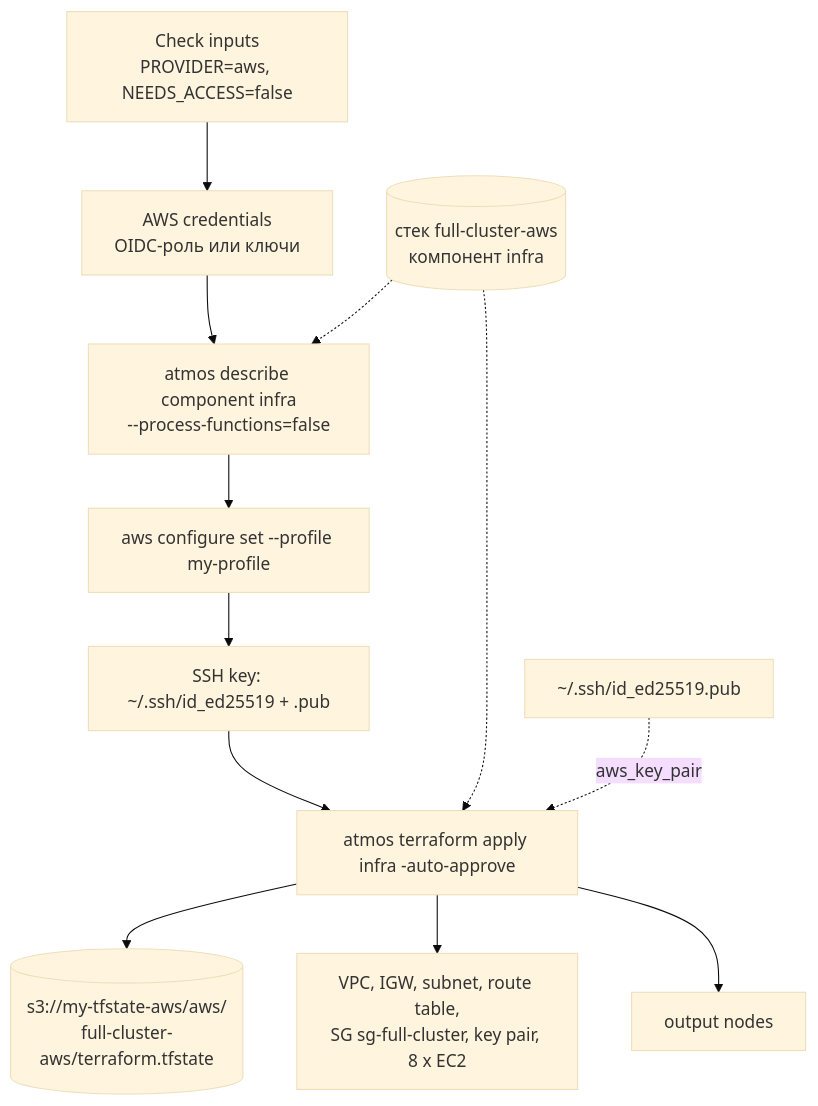
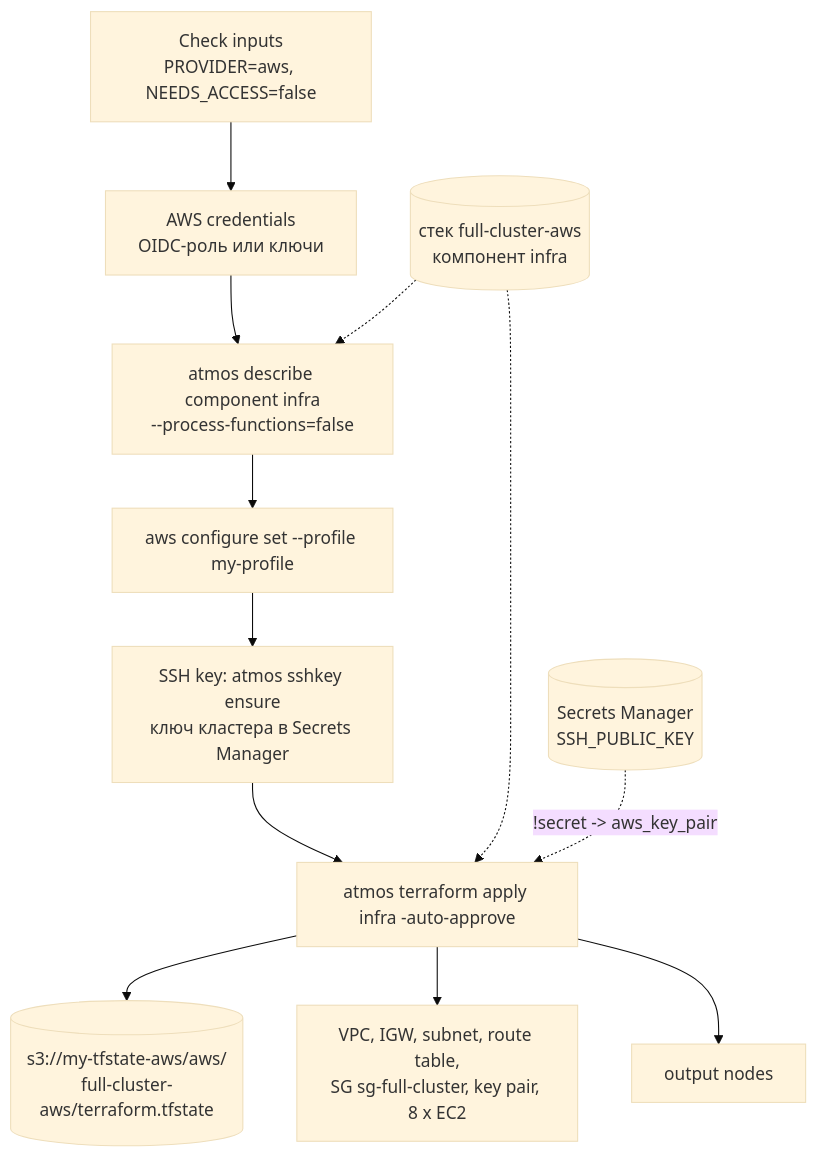
One commit to borislavr/atmos-kubemarine-integration changed the second of 5 diagrams in docs/full-cluster-aws-flow.md. Above: the diagram before and after it, drawn with Mermaid (base theme). The commit also changed other lines of this file and 3 other files, not shown here.

Commit message:
fix: update SSH connection logic to ensure all nodes are reachable and improve documentation on SSH key usage

````diff
--- a/docs/full-cluster-aws-flow.md
+++ b/docs/full-cluster-aws-flow.md
@@ -99,14 +100,14 @@
 ```mermaid
 flowchart TB
   A["Check inputs<br/>PROVIDER=aws, NEEDS_ACCESS=false"] --> B["AWS credentials<br/>OIDC-роль или ключи"]
   B --> C["atmos describe component infra<br/>--process-functions=false"]
   C --> D["aws configure set --profile my-profile"]
-  D --> E["SSH key: ~/.ssh/id_ed25519 + .pub"]
+  D --> E["SSH key: atmos sshkey ensure<br/>ключ кластера в Secrets Manager"]
   E --> F["atmos terraform apply infra -auto-approve"]
   STK[("стек full-cluster-aws<br/>компонент infra")] -.-> C
   STK -.-> F
-  PUB["~/.ssh/id_ed25519.pub"] -.->|"aws_key_pair"| F
+  PUB[("Secrets Manager<br/>SSH_PUBLIC_KEY")] -.->|"!secret -> aws_key_pair"| F
   F --> ST[("s3://my-tfstate-aws/aws/<br/>full-cluster-aws/terraform.tfstate")]
   F --> RES["VPC, IGW, subnet, route table,<br/>SG sg-full-cluster, key pair, 8 x EC2"]
   F --> OUT["output nodes"]
 ```
````
